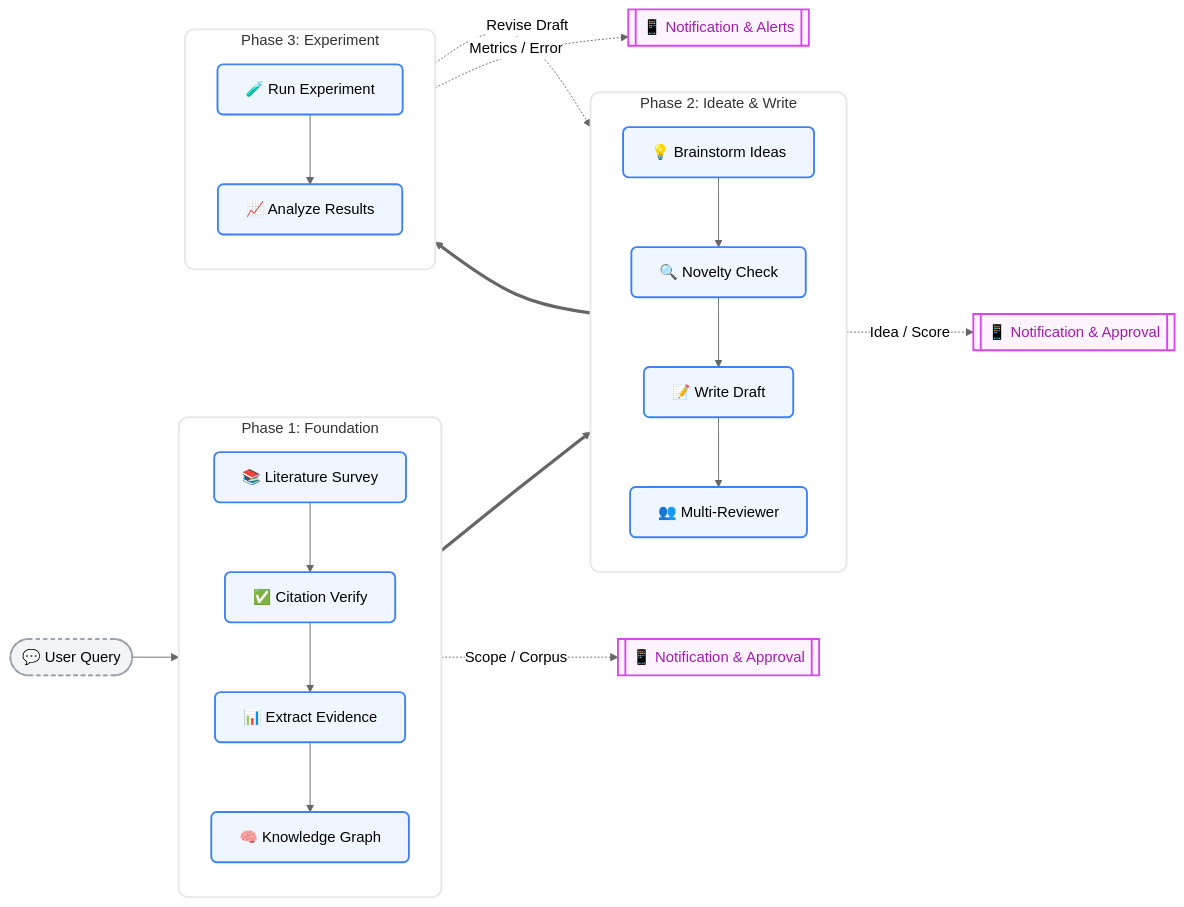
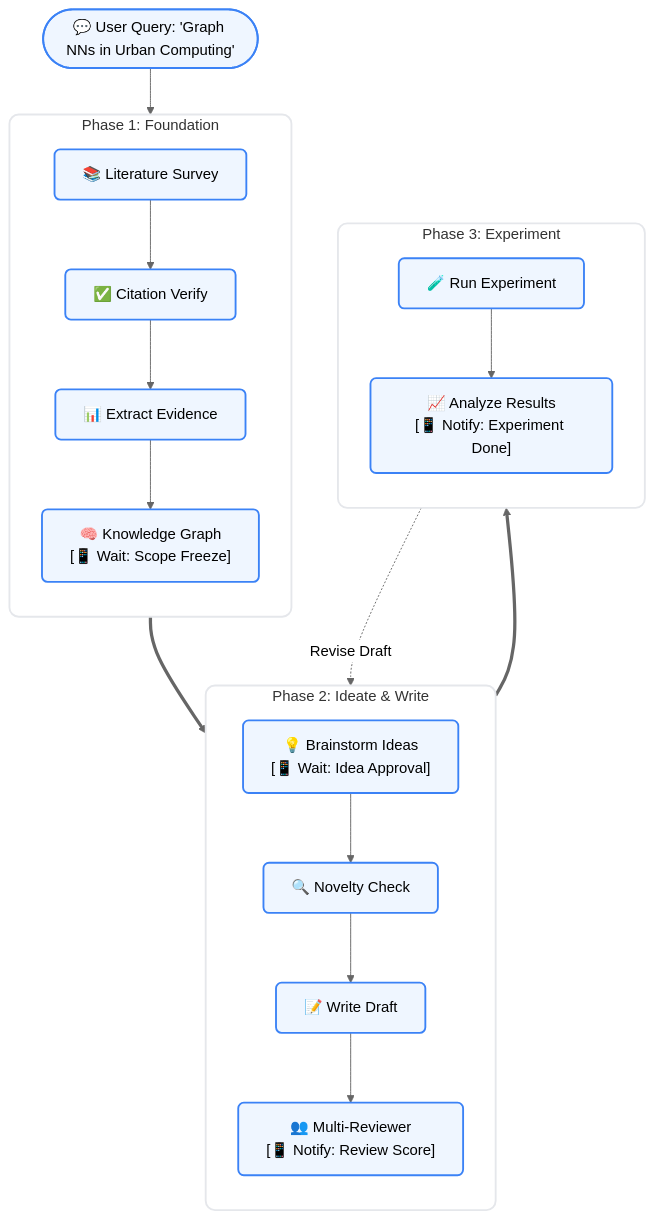
The diagram in README.md (ChunqiGuo02/Nexus), drawn with Mermaid (neutral theme) before and after one commit. The commit also changed other lines of this file and 1 other file, not shown here.

````diff
--- a/README.md
+++ b/README.md
@@ -24,53 +24,41 @@
 ```mermaid
-flowchart LR
+flowchart TD
     %% Styles
-    classDef mainNode fill:#eff6ff,stroke:#3b82f6,stroke-width:2px,rx:6,ry:6
-    classDef feishu fill:#fdf4ff,stroke:#d946ef,stroke-width:2px,rx:6,ry:6,color:#a21caf
     classDef phaseBox fill:#ffffff,stroke:#e5e7eb,stroke-width:2px,rx:10,ry:10
-    classDef query fill:#f3f4f6,stroke:#9ca3af,stroke-width:2px,stroke-dasharray: 4 4
+    classDef node fill:#eff6ff,stroke:#3b82f6,stroke-width:2px,rx:6,ry:6
+    classDef notify fill:#fdf4ff,stroke:#d946ef,stroke-width:2px,rx:6,ry:6,color:#a21caf
 
-    Q(["💬 User Query"]):::query
-
+    Q(["💬 User Query: 'Graph NNs in Urban Computing'"])
+    
     subgraph P1 ["Phase 1: Foundation"]
         direction TB
-        S["📚 Literature Survey"]:::mainNode
-        V["✅ Citation Verify"]:::mainNode
-        E["📊 Extract Evidence"]:::mainNode
-        K["🧠 Knowledge Graph"]:::mainNode
+        S["📚 Literature Survey"]:::node
+        V["✅ Citation Verify"]:::node
+        E["📊 Extract Evidence"]:::node
+        K["🧠 Knowledge Graph\n[📱 Wait: Scope Freeze]"]:::node
         S --> V --> E --> K
     end
 
     subgraph P2 ["Phase 2: Ideate & Write"]
         direction TB
-        B["💡 Brainstorm Ideas"]:::mainNode
-        N["🔍 Novelty Check"]:::mainNode
-        D["📝 Write Draft"]:::mainNode
-        M["👥 Multi-Reviewer"]:::mainNode
+        B["💡 Brainstorm Ideas\n[📱 Wait: Idea Approval]"]:::node
+        N["🔍 Novelty Check"]:::node
+        D["📝 Write Draft"]:::node
+        M["👥 Multi-Reviewer\n[📱 Notify: Review Score]"]:::node
         B --> N --> D --> M
     end
 
     subgraph P3 ["Phase 3: Experiment"]
         direction TB
-        R["🧪 Run Experiment"]:::mainNode
-        A["📈 Analyze Results"]:::mainNode
+        R["🧪 Run Experiment"]:::node
+        A["📈 Analyze Results\n[📱 Notify: Experiment Done]"]:::node
         R --> A
     end
 
-    %% Notifications
-    F1[["📱 Notification & Approval"]]:::feishu
-    F2[["📱 Notification & Approval"]]:::feishu
-    F3[["📱 Notification & Alerts"]]:::feishu
-
-    %% Build the main rigid structure
     Q --> P1
     P1 ==> P2
     P2 ==> P3
     P3 -.->|Revise Draft| P2
 
-    %% Attach Feishu below each phase to avoid crossing lines messing up the layout
-    P1 -.->|"Scope / Corpus"| F1
-    P2 -.->|"Idea / Score"| F2
-    P3 -.->|"Metrics / Error"| F3
-
     class P1,P2,P3 phaseBox
 ```
````
